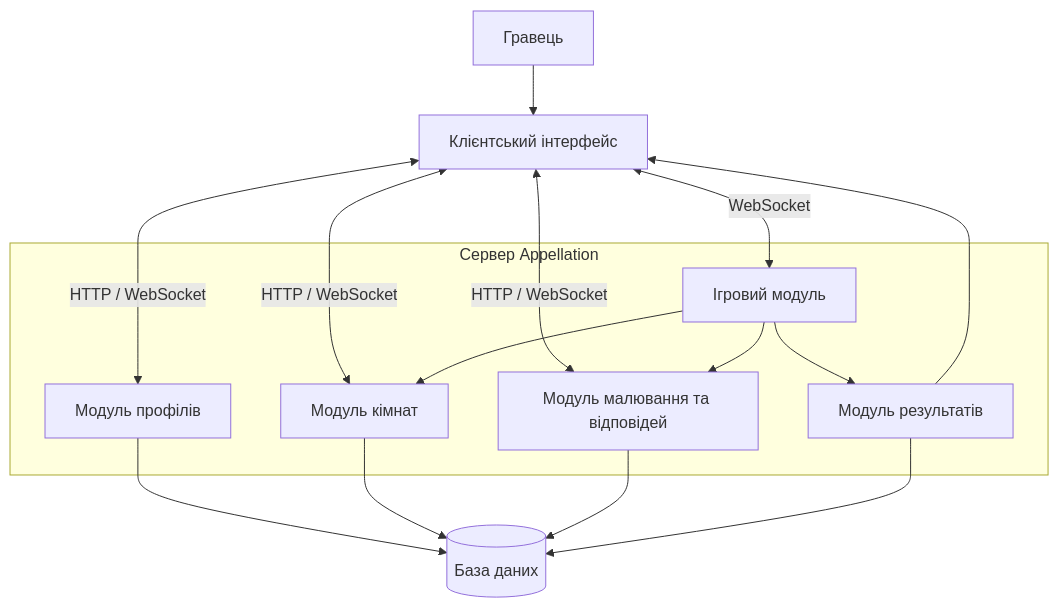
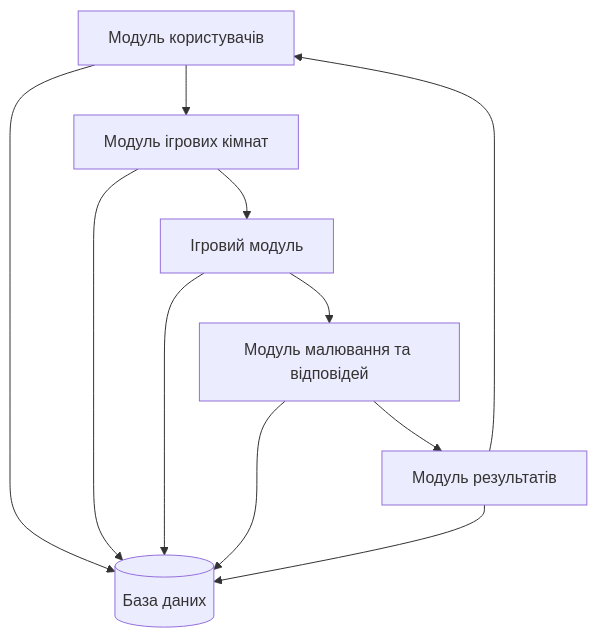
One commit to ViktorRR31/product-Zubok changed the diagram in 2-architecture/modules.md. Above: the diagram before and after it, drawn with Mermaid. The commit also changed other lines of this file, not shown here.

````diff
--- a/2-architecture/modules.md
+++ b/2-architecture/modules.md
@@ -37,30 +50,21 @@
 ```mermaid
-flowchart TB
-    Player["Гравець"]
-    UI["Клієнтський інтерфейс"]
-
-    subgraph SERVER["Сервер Appellation"]
-        AUTH["Модуль профілів"]
-        ROOM["Модуль кімнат"]
-        GAME["Ігровий модуль"]
-        DRAW["Модуль малювання та відповідей"]
-        RESULT["Модуль результатів"]
-    end
-
+flowchart TD
+    A["Модуль користувачів"]
+    B["Модуль ігрових кімнат"]
+    C["Ігровий модуль"]
+    D["Модуль малювання та відповідей"]
+    E["Модуль результатів"]
     DB[("База даних")]
 
-    Player --> UI
-    UI <-->|"HTTP / WebSocket"| AUTH
-    UI <-->|"HTTP / WebSocket"| ROOM
-    UI <-->|"WebSocket"| GAME
-    UI <-->|"HTTP / WebSocket"| DRAW
+    A --> B
+    B --> C
+    C --> D
+    D --> E
+    E --> A
 
-    AUTH --> DB
-    ROOM --> DB
-    GAME --> ROOM
-    GAME --> DRAW
-    DRAW --> DB
-    GAME --> RESULT
-    RESULT --> DB
-    RESULT --> UI
+    A --> DB
+    B --> DB
+    C --> DB
+    D --> DB
+    E --> DB
 ```
````
